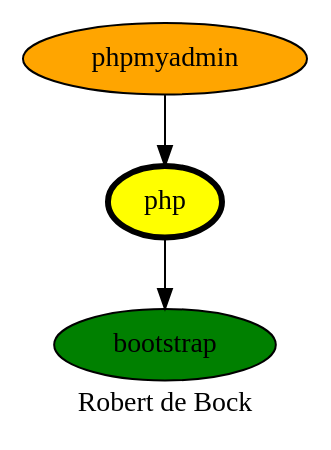
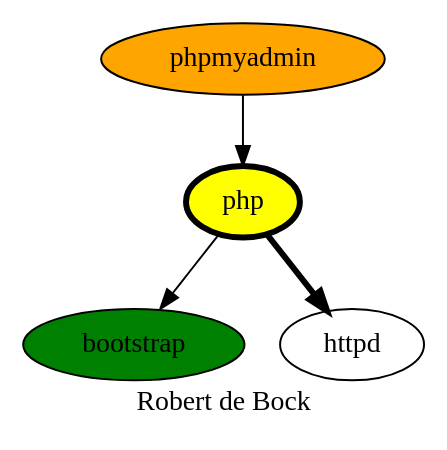
The diagram in php.dot (robertdebock/robertdebock.github.io), drawn with Graphviz before and after one commit. The commit also changed 5 other files, not shown here.

```diff
--- a/php.dot
+++ b/php.dot
@@ -1,11 +1,12 @@
 digraph PhiloDilemma {
   label = "Robert de Bock" ;
   overlap=false
   {
     bootstrap [fillcolor=green style=filled]
     php [fillcolor=yellow style=filled penwidth=3]
     phpmyadmin [fillcolor=orange style=filled]
   }
   php -> bootstrap
+  php -> httpd [penwidth=3]
   phpmyadmin -> php
 }
```
